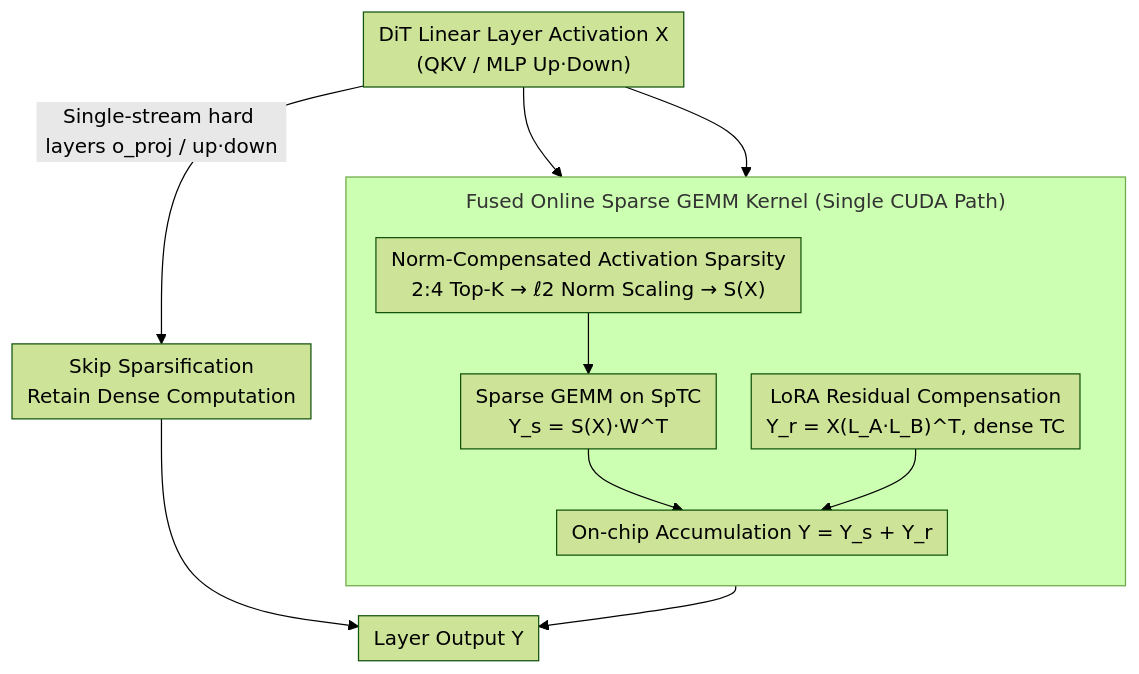
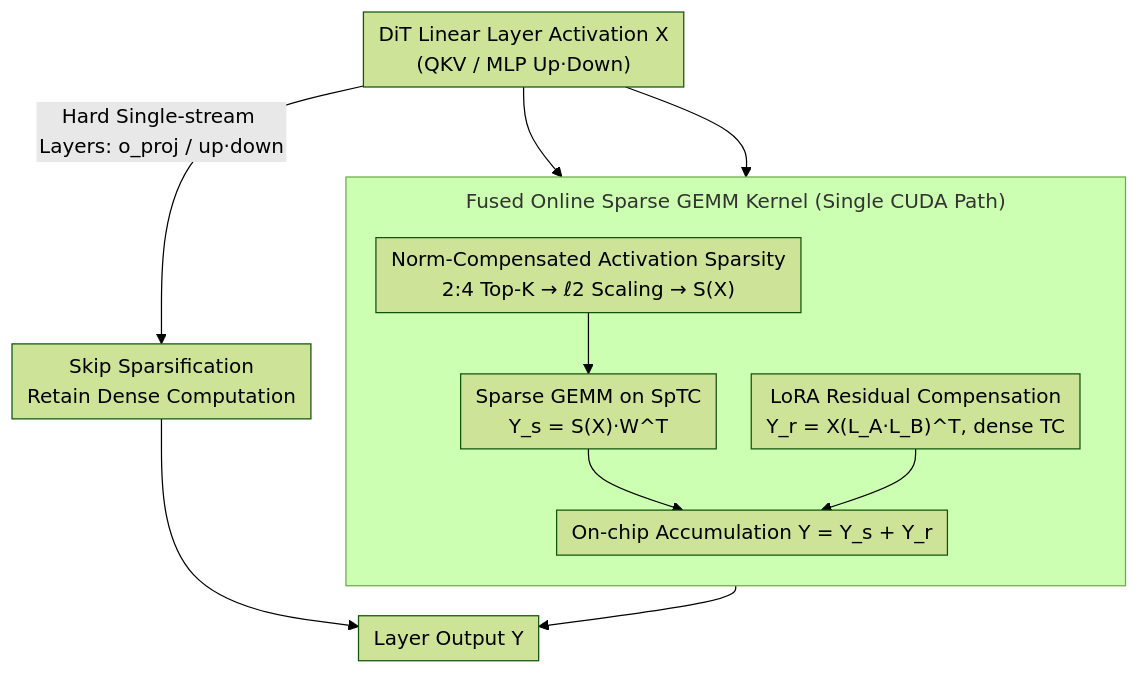
Before and after one commit to zhaoyang97/Paper-Notes-en: the diagram in docs/ICML2026/image_generation/rt-lynx_putting_the_gemm_sparsity_in_a_right_way_for_diffusion_models.md, drawn with Mermaid (forest theme). The commit also changed other lines of this file and 5084 other files, not shown here.

````diff
--- a/docs/ICML2026/image_generation/rt-lynx_putting_the_gemm_sparsity_in_a_right_way_for_diffusion_models.md
+++ b/docs/ICML2026/image_generation/rt-lynx_putting_the_gemm_sparsity_in_a_right_way_for_diffusion_models.md
@@ -43,19 +43,19 @@
 ```mermaid
 %%{init: {'flowchart': {'rankSpacing': 24, 'nodeSpacing': 28, 'padding': 6, 'wrappingWidth': 400, 'subGraphTitleMargin': {'top': 8, 'bottom': 16}}}}%%
 flowchart TD
     X["DiT Linear Layer Activation X<br/>(QKV / MLP Up·Down)"]
     subgraph K["Fused Online Sparse GEMM Kernel (Single CUDA Path)"]
         direction TB
-        SP["Norm-Compensated Activation Sparsity<br/>2:4 Top-K → ℓ2 Norm Scaling → S(X)"]
+        SP["Norm-Compensated Activation Sparsity<br/>2:4 Top-K → ℓ2 Scaling → S(X)"]
         SG["Sparse GEMM on SpTC<br/>Y_s = S(X)·W^T"]
         LR["LoRA Residual Compensation<br/>Y_r = X(L_A·L_B)^T, dense TC"]
         ACC["On-chip Accumulation Y = Y_s + Y_r"]
         SP --> SG --> ACC
         LR --> ACC
     end
     X --> SP
     X --> LR
-    X -->|Single-stream hard layers o_proj / up·down| SKIP["Skip Sparsification<br/>Retain Dense Computation"]
+    X -->|Hard Single-stream Layers: o_proj / up·down| SKIP["Skip Sparsification<br/>Retain Dense Computation"]
     ACC --> Y["Layer Output Y"]
     SKIP --> Y
 ```
````
